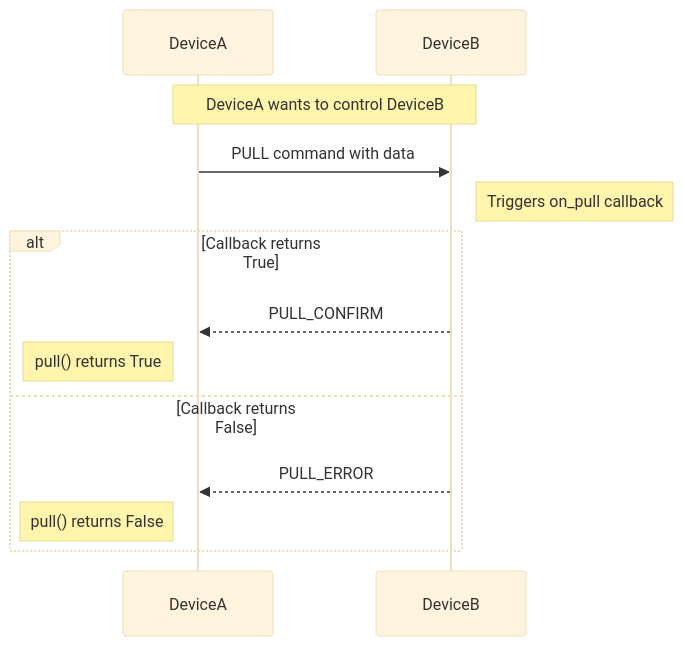
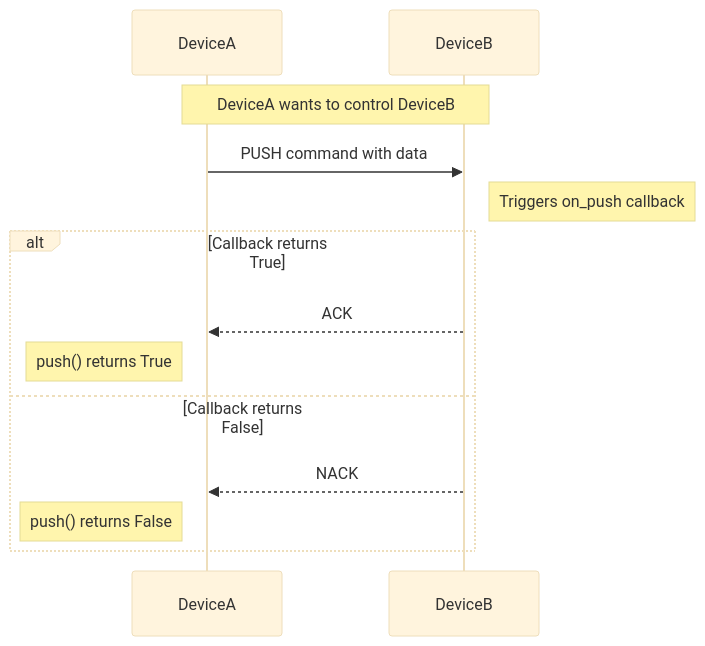
One commit to slpuk/easyhttp-python changed the diagram in docs/api.md. Above: the diagram before and after it, drawn with Mermaid (base theme). The commit also changed other lines of this file and 1 other file, not shown here.

````diff
--- a/docs/api.md
+++ b/docs/api.md
@@ -121,18 +123,18 @@
 ```mermaid
 sequenceDiagram
     participant DeviceA
     participant DeviceB
 
     Note over DeviceA,DeviceB: DeviceA wants to control DeviceB
     
-    DeviceA->>DeviceB: PULL command with data
-    Note right of DeviceB: Triggers on_pull callback
+    DeviceA->>DeviceB: PUSH command with data
+    Note right of DeviceB: Triggers on_push callback
     
     alt Callback returns True
-        DeviceB-->>DeviceA: PULL_CONFIRM
-        Note left of DeviceA: pull() returns True
+        DeviceB-->>DeviceA: ACK
+        Note left of DeviceA: push() returns True
     else Callback returns False
-        DeviceB-->>DeviceA: PULL_ERROR
-        Note left of DeviceA: pull() returns False
+        DeviceB-->>DeviceA: NACK
+        Note left of DeviceA: push() returns False
     end
 ```
````
